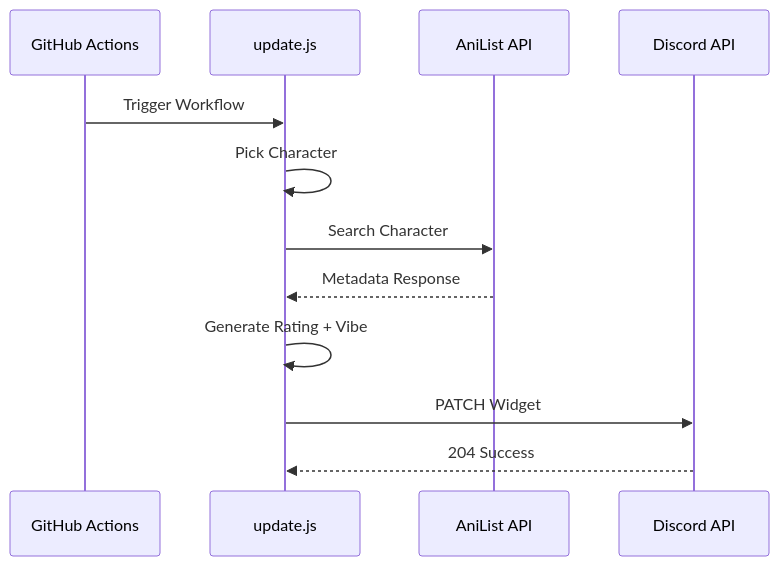
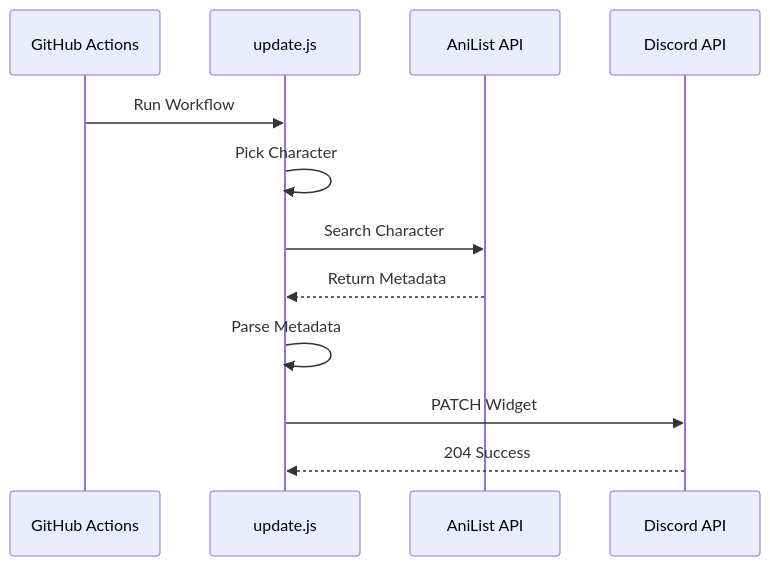
One commit to MeYashverma/discord-waifu-widget changed the third of 6 diagrams in README.md. Above: the diagram before and after it, drawn with Mermaid. The commit also changed other lines of this file, not shown here.

````diff
--- a/README.md
+++ b/README.md
@@ -334,22 +324,25 @@
 ```mermaid
 sequenceDiagram
 
 participant GitHub Actions
+
 participant update.js
+
 participant AniList API
+
 participant Discord API
 
-GitHub Actions->>update.js: Trigger Workflow
+GitHub Actions->>update.js: Run Workflow
 
 update.js->>update.js: Pick Character
 
 update.js->>AniList API: Search Character
 
-AniList API-->>update.js: Metadata Response
+AniList API-->>update.js: Return Metadata
 
-update.js->>update.js: Generate Rating + Vibe
+update.js->>update.js: Parse Metadata
 
 update.js->>Discord API: PATCH Widget
 
 Discord API-->>update.js: 204 Success
 ```
````
